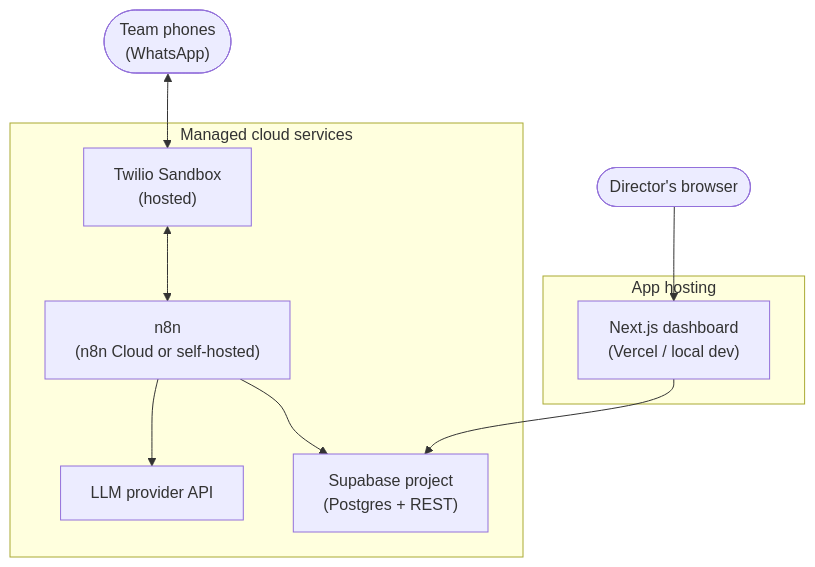
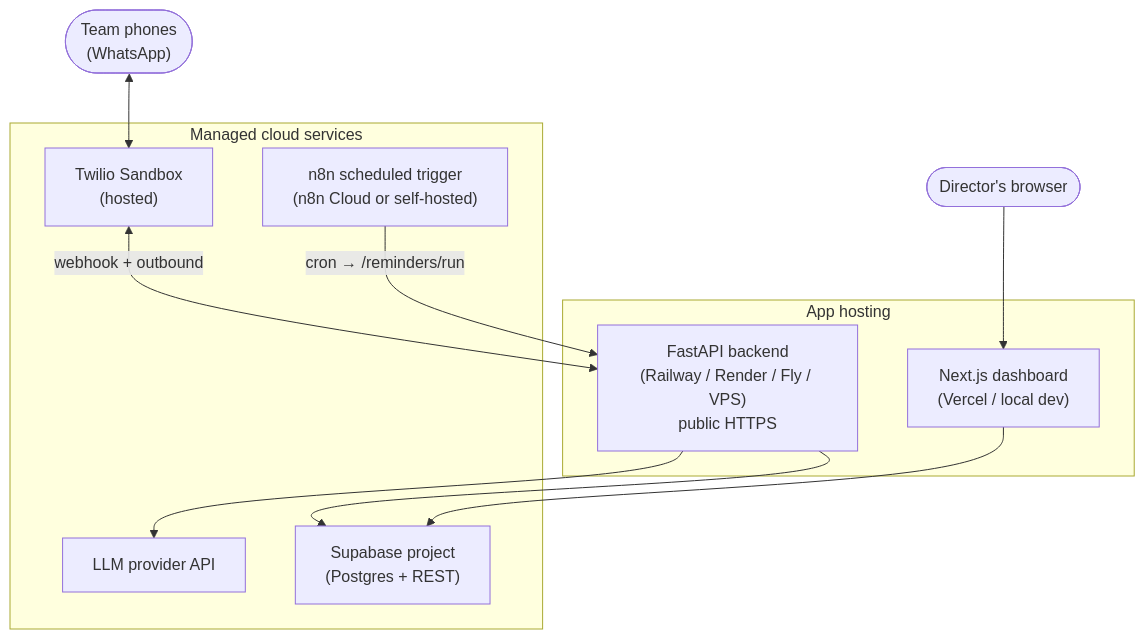
One commit to MateoBarbato/auto-mode-on changed the third of 4 diagrams in docs/architecture/overview.md. Above: the diagram before and after it, drawn with Mermaid. The commit also changed other lines of this file and 7 other files, not shown here.

First line of the commit message:
docs: pivot architecture to programmatic FastAPI pipeline (n8n scheduler-only)

````diff
--- a/docs/architecture/overview.md
+++ b/docs/architecture/overview.md
@@ -153,20 +170,22 @@
 ```mermaid
 flowchart TB
   subgraph cloud[Managed cloud services]
     twilio["Twilio Sandbox<br/>(hosted)"]
-    n8ncloud["n8n<br/>(n8n Cloud or self-hosted)"]
+    n8ncloud["n8n scheduled trigger<br/>(n8n Cloud or self-hosted)"]
     supa["Supabase project<br/>(Postgres + REST)"]
     llmapi["LLM provider API"]
   end
 
   subgraph host[App hosting]
+    api["FastAPI backend<br/>(Railway / Render / Fly / VPS)<br/>public HTTPS"]
     vercel["Next.js dashboard<br/>(Vercel / local dev)"]
   end
 
   phone(["Team phones<br/>(WhatsApp)"]) <--> twilio
-  twilio <--> n8ncloud
-  n8ncloud --> llmapi
-  n8ncloud --> supa
+  twilio <-->|"webhook + outbound"| api
+  n8ncloud -->|"cron → /reminders/run"| api
+  api --> llmapi
+  api --> supa
   vercel --> supa
   browser(["Director's browser"]) --> vercel
 ```
````
